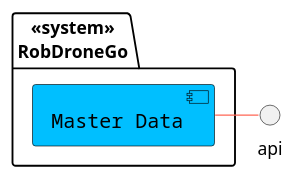
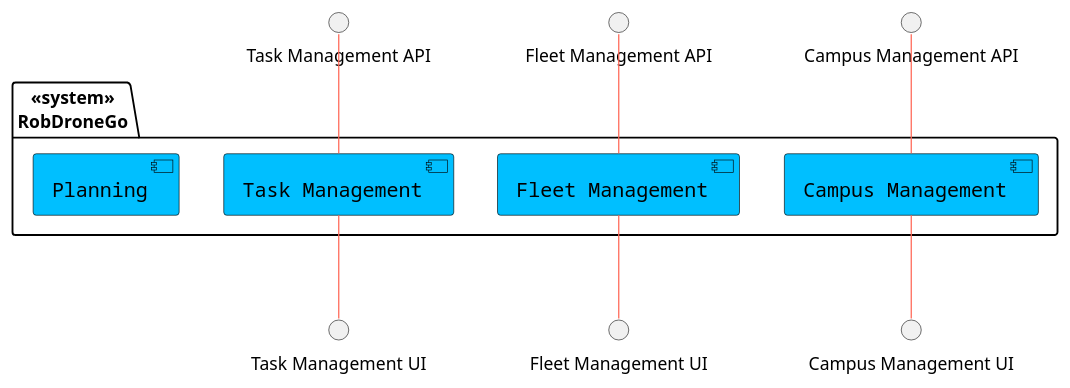
One commit to Departamento-de-Engenharia-Informatica/lapr5-23-24-g19 changed the diagram in docs/general-purpose/level2/logical-view.puml. Above: the diagram before and after it, drawn with PlantUML. The commit also changed 1 other file, not shown here.

```diff
--- a/docs/general-purpose/level2/logical-view.puml
+++ b/docs/general-purpose/level2/logical-view.puml
@@ -1,21 +1,33 @@
 @startuml
 
 skinparam component {
     FontSize 16
     BackgroundColor<<Apache>> LightCoral
     BorderColor<<Apache>> #FF6655
     FontName Courier
     BorderColor black
     BackgroundColor DeepSkyBlue
     ArrowFontName Impact
     ArrowColor #FF6655
     ArrowFontColor #777777
 }
 
 package "<<system>>\nRobDroneGo" {
-    [Master Data]
+    [Campus Management]
+    [Fleet Management]
+    [Task Management]
+    [Planning]
 }
 
-api -left- [Master Data]
+' interior
+' TODO
+
+' exterior
+[Campus Management] -up- "Campus Management API"
+[Campus Management] -down- "Campus Management UI"
+[Fleet Management] -up- "Fleet Management API"
+[Fleet Management] -down- "Fleet Management UI"
+[Task Management] -up- "Task Management API"
+[Task Management] -down- "Task Management UI"
 
 @enduml
```
